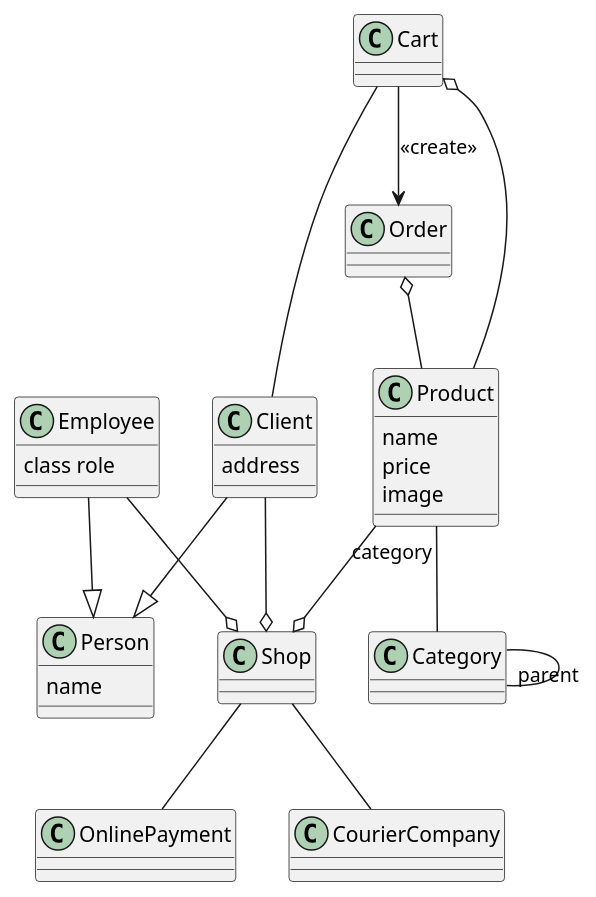
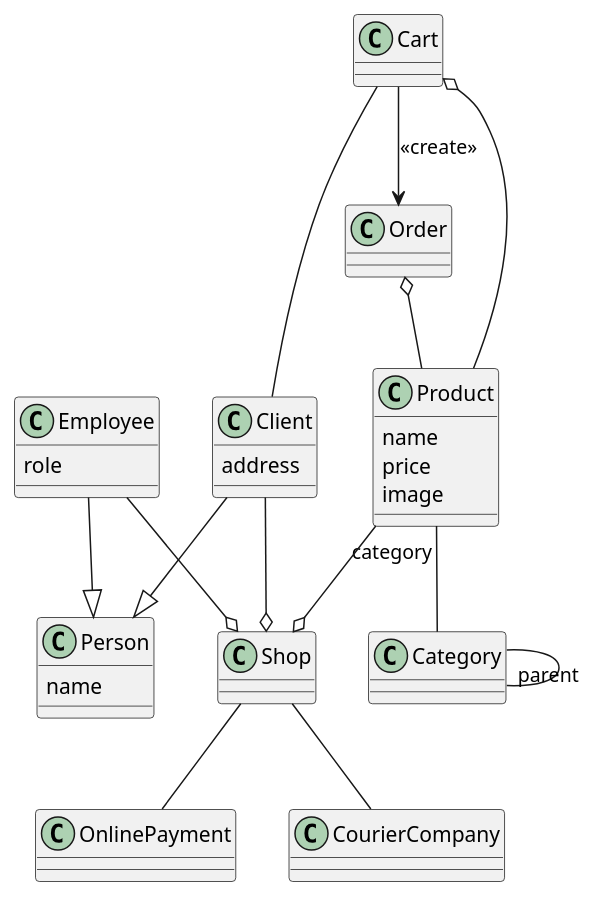
One commit to kpodlaski/ModelowanieUML_2022 changed the diagram in Zaoczne/z2.class_diagram.internet_shop.plantuml. Above: the diagram before and after it, drawn with PlantUML.

Commit message:
correction

```diff
--- a/Zaoczne/z2.class_diagram.internet_shop.plantuml
+++ b/Zaoczne/z2.class_diagram.internet_shop.plantuml
@@ -1,57 +1,57 @@
 @startuml
 
 class Person{
     name
 }
 
 class Client{
     address
 }
 
 class Employee{
-    class role
+    role
 }
 
 class Cart{
 
 }
 
 class Product{
     name
     price
     image 
 }
 
 class Order{}
 
 class Category {}
 
 class Shop{}
 
 class OnlinePayment{
 
 }
 
 class CourierCompany{
 
 }
 
 Client --|> Person
 Employee --|> Person
 Cart -- Client
 Cart o-- Product
 Cart --> Order : <<create>>
 Order o-- Product
 Product "category" -- Category
-Category -down- "parent" Category
+Category -- "parent" Category
 Employee --o Shop
 Client --o Shop
 Product --o Shop
 Shop -- OnlinePayment
 Shop -- CourierCompany
 
 
 
 
 
 @enduml
```
